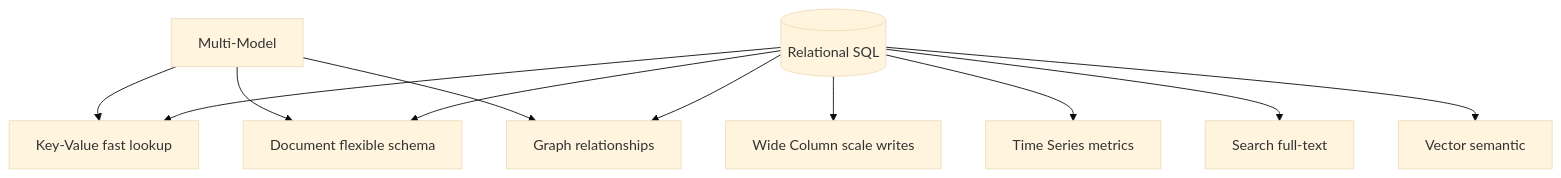
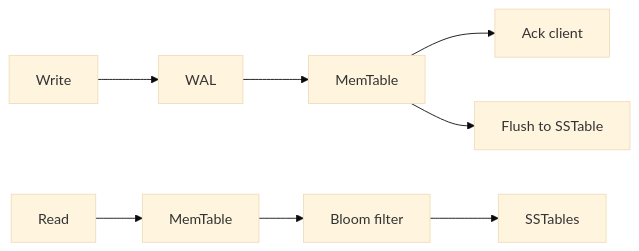
One commit to hareramcse/SystemDesign changed diagram 16 of 24 in 02-databases/README.md. Above: the diagram before and after it, drawn with Mermaid (base theme). The commit also changed other lines of this file and 14 other files, not shown here.

````diff
--- a/02-databases/README.md
+++ b/02-databases/README.md
@@ -4515,14 +1586,10 @@
 ```mermaid
-flowchart TB
-  R[(Relational SQL)]
-  R --> KV[Key-Value fast lookup]
-  R --> DOC[Document flexible schema]
-  R --> WC[Wide Column scale writes]
-  R --> G[Graph relationships]
-  R --> TS[Time Series metrics]
-  R --> SRCH[Search full-text]
-  R --> VEC[Vector semantic]
-  MM[Multi-Model] --> KV
-  MM --> DOC
-  MM --> G
+flowchart LR
+    W[Write] --> WAL[WAL]
+    WAL --> Mem[MemTable]
+    Mem --> Ack[Ack client]
+    Mem --> Flush[Flush to SSTable]
+    R[Read] --> MemR[MemTable]
+    MemR --> Bloom[Bloom filter]
+    Bloom --> SST[SSTables]
 ```
````
